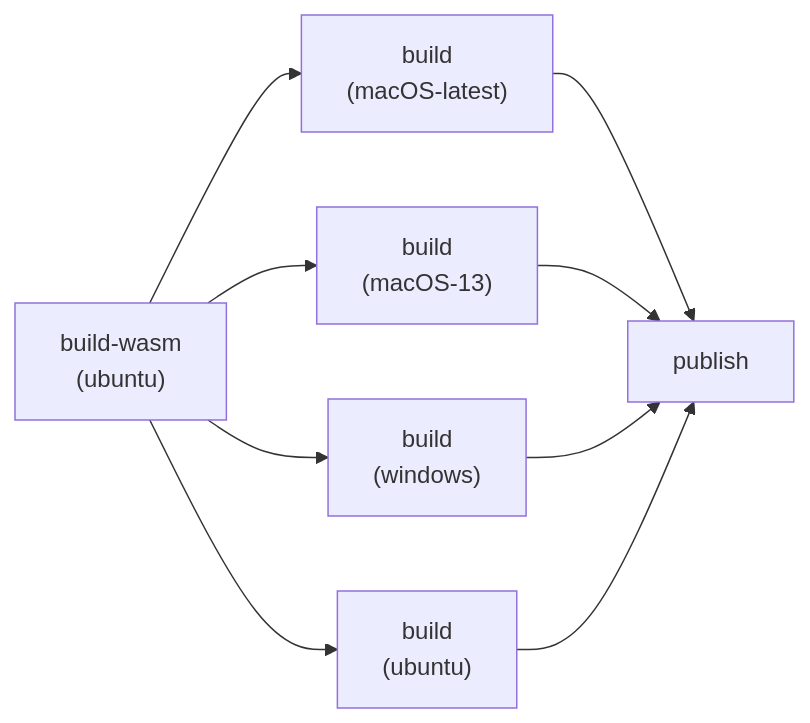
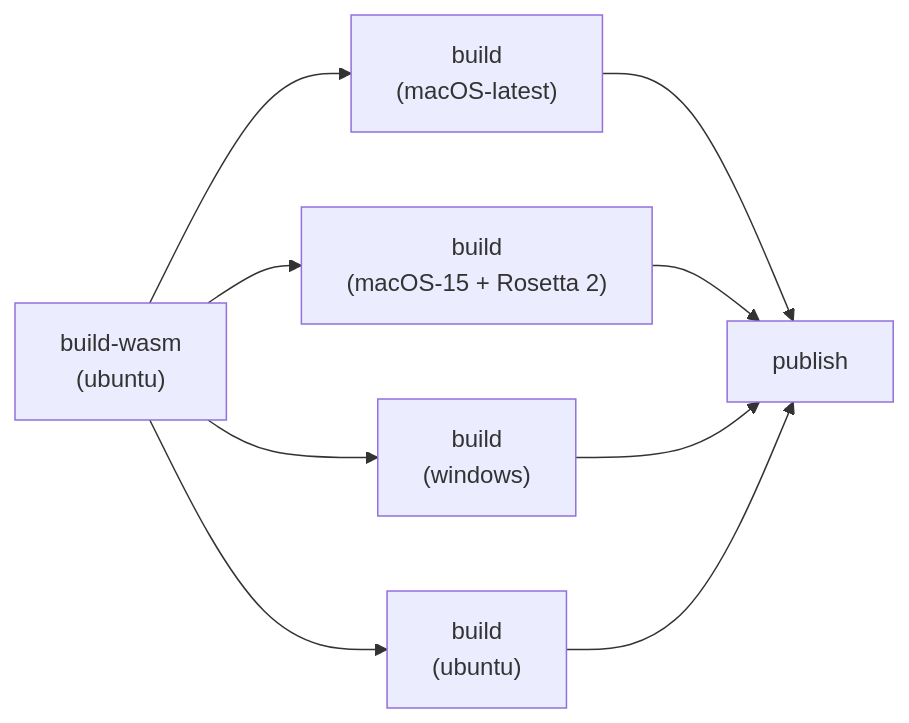
Before and after one commit to OpenBlink/openblink-vscode-extension: the diagram in doc/build-system.md, drawn with Mermaid. The commit also changed other lines of this file and 5 other files, not shown here.

````diff
--- a/doc/build-system.md
+++ b/doc/build-system.md
@@ -111,11 +111,11 @@
 ```mermaid
 graph LR
     A["build-wasm<br/>(ubuntu)"] --> B1["build<br/>(macOS-latest)"]
-    A --> B2["build<br/>(macOS-13)"]
+    A --> B2["build<br/>(macOS-15 + Rosetta 2)"]
     A --> B3["build<br/>(windows)"]
     A --> B4["build<br/>(ubuntu)"]
     B1 --> C["publish"]
     B2 --> C
     B3 --> C
     B4 --> C
 ```
````
